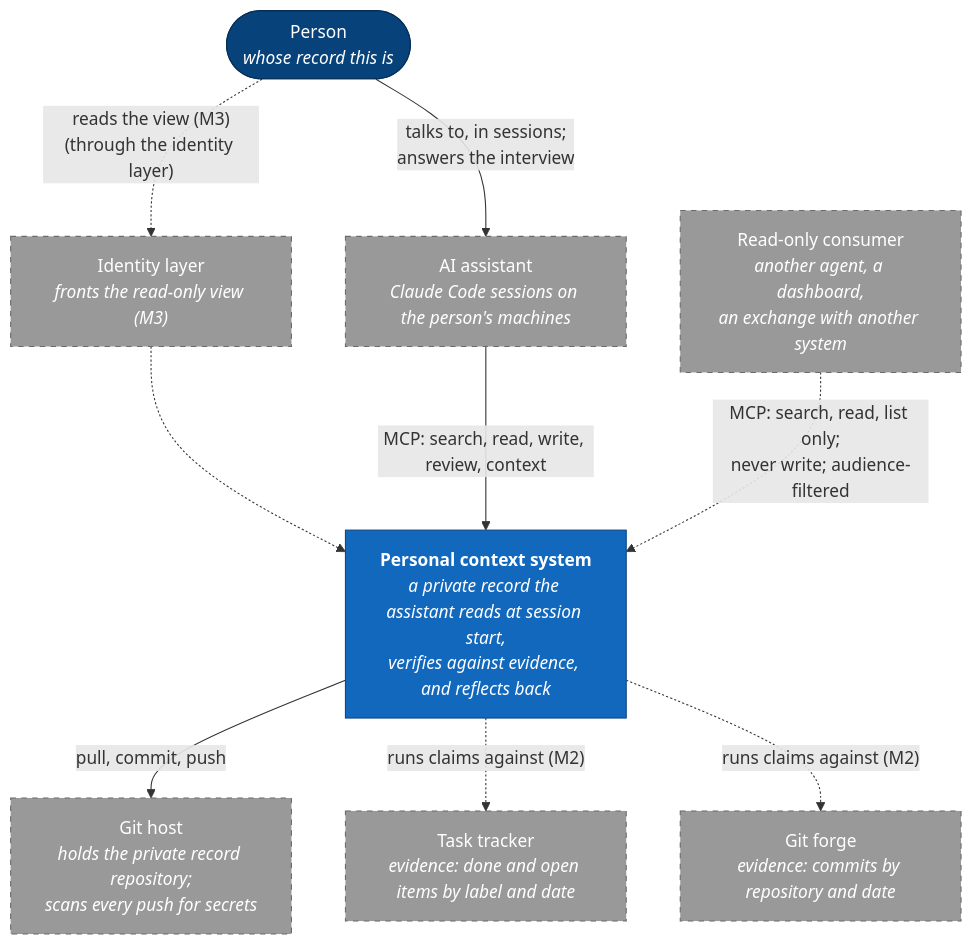
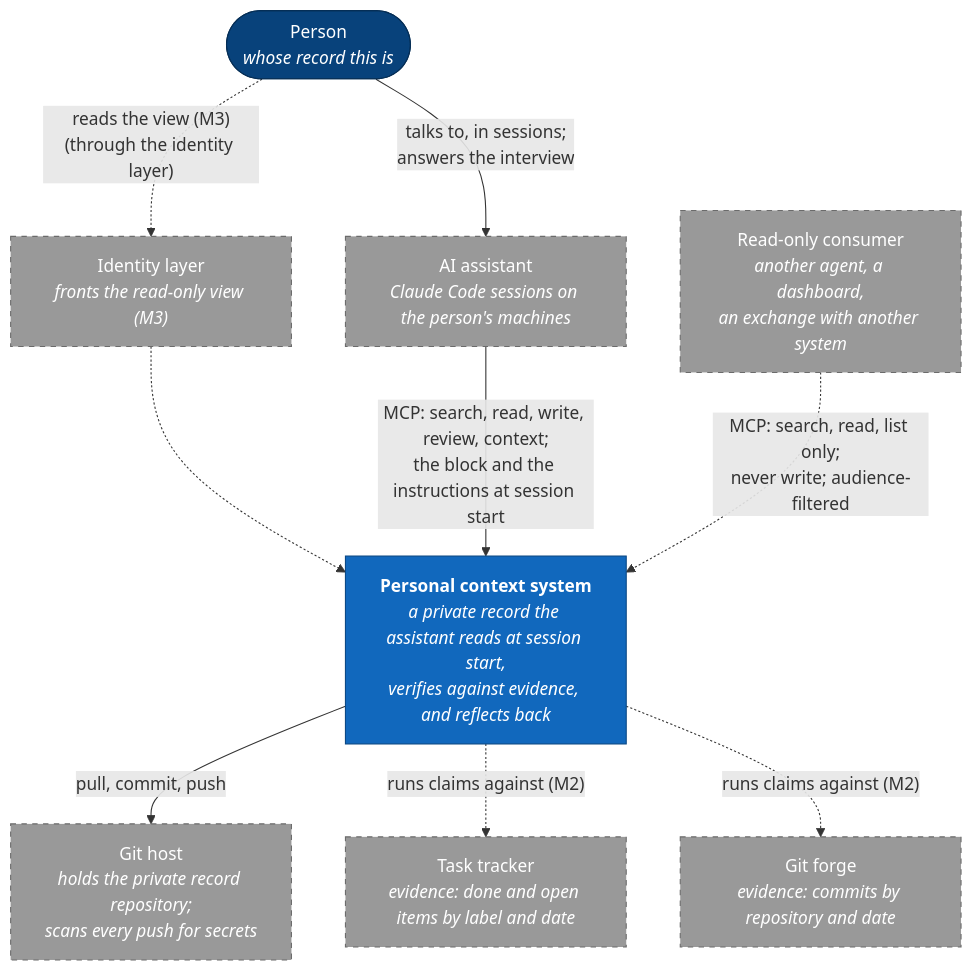
Before and after one commit to allanschon/brabeus: the first of 4 diagrams in docs/personal-context-system-c4.md, drawn with Mermaid. The commit also changed other lines of this file and 6 other files, not shown here.

````diff
--- a/docs/personal-context-system-c4.md
+++ b/docs/personal-context-system-c4.md
@@ -27,27 +27,27 @@
 ```mermaid
 flowchart TB
     person(["Person<br/><i>whose record this is</i>"])
     assistant["AI assistant<br/><i>Claude Code sessions on the person's machines</i>"]
     system["<b>Personal context system</b><br/><i>a private record the assistant reads at session start,<br/>verifies against evidence, and reflects back</i>"]
     githost["Git host<br/><i>holds the private record repository;<br/>scans every push for secrets</i>"]
     tracker["Task tracker<br/><i>evidence: done and open items by label and date</i>"]
     forge["Git forge<br/><i>evidence: commits by repository and date</i>"]
     idp["Identity layer<br/><i>fronts the read-only view (M3)</i>"]
     consumer["Read-only consumer<br/><i>another agent, a dashboard,<br/>an exchange with another system</i>"]
 
     person -- "talks to, in sessions;<br/>answers the interview" --> assistant
     person -. "reads the view (M3)<br/>(through the identity layer)" .-> idp
     idp -.-> system
-    assistant -- "MCP: search, read, write, review, context" --> system
+    assistant -- "MCP: search, read, write, review, context;<br/>the block and the instructions at session start" --> system
     consumer -. "MCP: search, read, list only;<br/>never write; audience-filtered" .-> system
     system -- "pull, commit, push" --> githost
     system -. "runs claims against (M2)" .-> tracker
     system -. "runs claims against (M2)" .-> forge
 
     classDef person fill:#08427b,stroke:#052e56,color:#fff
     classDef system fill:#1168bd,stroke:#0b4884,color:#fff
     classDef ext fill:#999,stroke:#6b6b6b,color:#fff,stroke-dasharray:5 5
     class person person
     class system system
     class assistant,githost,tracker,forge,idp,consumer ext
 ```
````
